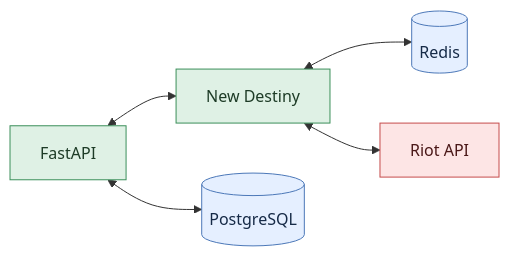
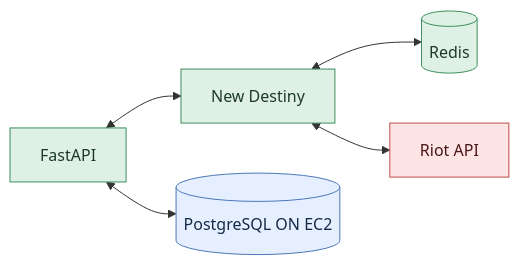
One commit to winrates-gg/wrgg-public-documentation changed the third of 8 diagrams in docs/backend-runtime.md. Above: the diagram before and after it, drawn with Mermaid. The commit also changed other lines of this file and 5 other files, not shown here.

````diff
--- a/docs/backend-runtime.md
+++ b/docs/backend-runtime.md
@@ -209,21 +210,21 @@
 ```mermaid
 flowchart LR
     FastAPI[FastAPI]
     NewDestiny[New Destiny]
-    Postgres[(PostgreSQL)]
+    Postgres[(PostgreSQL ON EC2)]
     Redis[(Redis)]
     Riot[Riot API]
 
     FastAPI <--> NewDestiny
     FastAPI <--> Postgres
     NewDestiny <--> Redis
     NewDestiny <--> Riot
 
     classDef core fill:#dff1e5,stroke:#3b8f5a,color:#1d3b26
     classDef aws fill:#e5efff,stroke:#4c78b8,color:#162a47
     classDef external fill:#fde5e5,stroke:#c54b4b,color:#4a1717
 
-    class FastAPI,NewDestiny core
-    class Postgres,Redis aws
+    class FastAPI,NewDestiny,Redis core
+    class Postgres aws
     class Riot external
 ```
````
